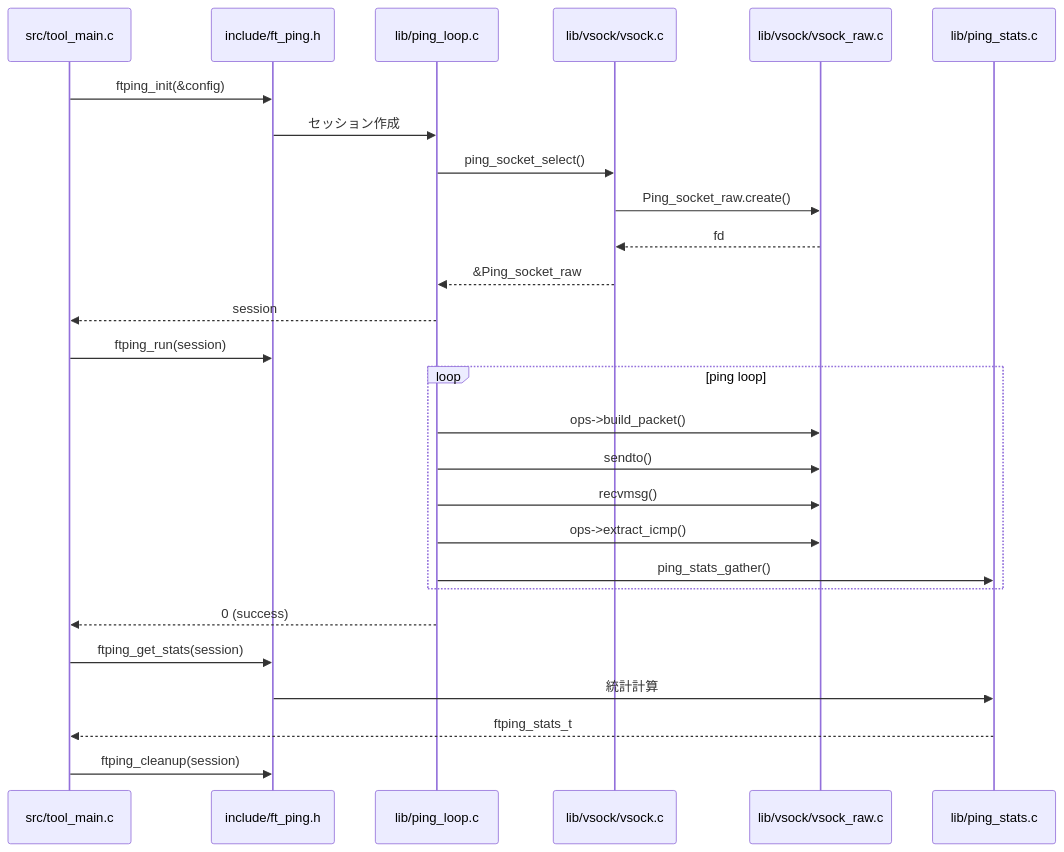
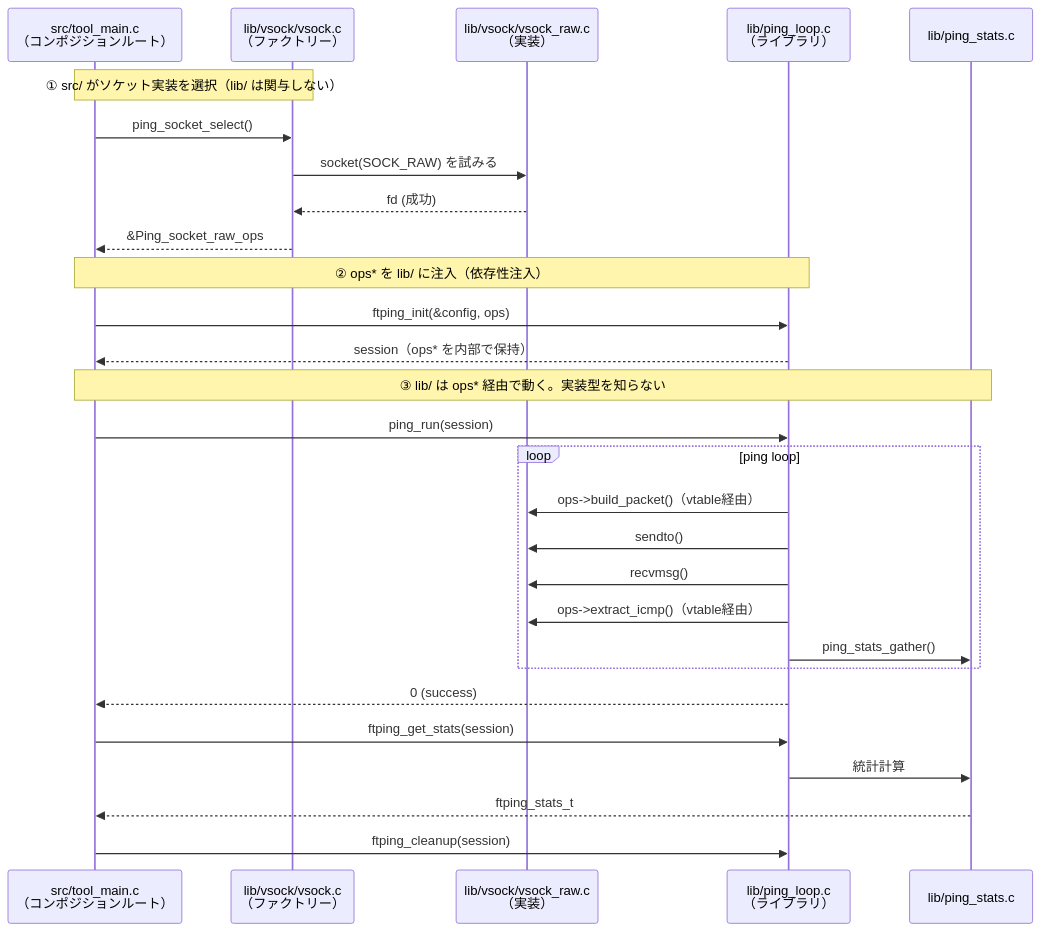
The tenth of 12 diagrams in docs/ft_ping アーキテクチャ再設計提案.md (GawinGowin/ft_ping), drawn with Mermaid before and after one commit. The commit also changed other lines of this file and 21 other files, not shown here.

````diff
--- a/docs/ft_ping アーキテクチャ再設計提案.md
+++ b/docs/ft_ping アーキテクチャ再設計提案.md
@@ -520,33 +586,35 @@
 ```mermaid
 sequenceDiagram
-    participant CLI as src/tool_main.c
-    participant API as include/ft_ping.h
-    participant Lib as lib/ping_loop.c
-    participant VTbl as lib/vsock/vsock.c
-    participant Raw as lib/vsock/vsock_raw.c
+    participant CLI as src/tool_main.c<br/>（コンポジションルート）
+    participant VTbl as lib/vsock/vsock.c<br/>（ファクトリー）
+    participant Raw as lib/vsock/vsock_raw.c<br/>（実装）
+    participant Lib as lib/ping_loop.c<br/>（ライブラリ）
     participant Stats as lib/ping_stats.c
 
-    CLI->>API: ftping_init(&config)
-    API->>Lib: セッション作成
-    Lib->>VTbl: ping_socket_select()
-    VTbl->>Raw: Ping_socket_raw.create()
-    Raw-->>VTbl: fd
-    VTbl-->>Lib: &Ping_socket_raw
-    Lib-->>CLI: session
+    note over CLI,VTbl: ① src/ がソケット実装を選択（lib/ は関与しない）
+    CLI->>VTbl: ping_socket_select()
+    VTbl->>Raw: socket(SOCK_RAW) を試みる
+    Raw-->>VTbl: fd (成功)
+    VTbl-->>CLI: &Ping_socket_raw_ops
 
-    CLI->>API: ftping_run(session)
+    note over CLI,Lib: ② ops* を lib/ に注入（依存性注入）
+    CLI->>Lib: ftping_init(&config, ops)
+    Lib-->>CLI: session（ops* を内部で保持）
+
+    note over CLI,Stats: ③ lib/ は ops* 経由で動く。実装型を知らない
+    CLI->>Lib: ping_run(session)
     loop ping loop
-        Lib->>Raw: ops->build_packet()
+        Lib->>Raw: ops->build_packet()（vtable経由）
         Lib->>Raw: sendto()
         Lib->>Raw: recvmsg()
-        Lib->>Raw: ops->extract_icmp()
+        Lib->>Raw: ops->extract_icmp()（vtable経由）
         Lib->>Stats: ping_stats_gather()
     end
     Lib-->>CLI: 0 (success)
 
-    CLI->>API: ftping_get_stats(session)
-    API->>Stats: 統計計算
+    CLI->>Lib: ftping_get_stats(session)
+    Lib->>Stats: 統計計算
     Stats-->>CLI: ftping_stats_t
 
-    CLI->>API: ftping_cleanup(session)
+    CLI->>Lib: ftping_cleanup(session)
 ```
````
